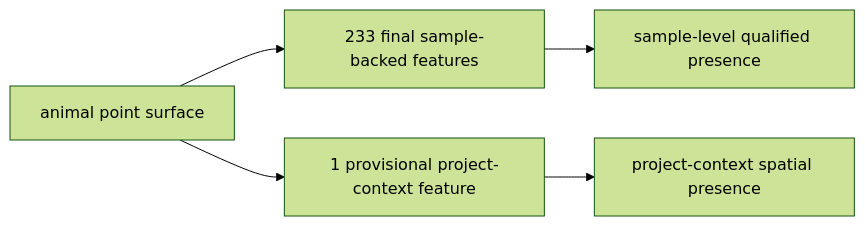
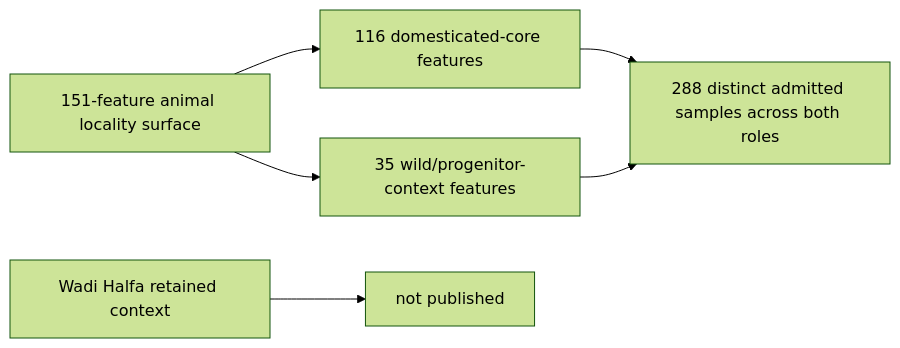
One commit to bijux/bijux-pollenomics changed the third of 4 diagrams in docs/public/pollenomics/foundation/repository-scope-and-limits.md. Above: the diagram before and after it, drawn with Mermaid (forest theme). The commit also changed other lines of this file and 26 other files, not shown here.

````diff
--- a/docs/public/pollenomics/foundation/repository-scope-and-limits.md
+++ b/docs/public/pollenomics/foundation/repository-scope-and-limits.md
@@ -136,7 +138,8 @@
 ```mermaid
 flowchart LR
-    Layer["animal point surface"] --> Samples["233 final sample-backed features"]
-    Layer --> Context["1 provisional project-context feature"]
-    Samples --> SampleClaim["sample-level qualified presence"]
-    Context --> ContextClaim["project-context spatial presence"]
+    Layer["151-feature animal locality surface"] --> Domestic["116 domesticated-core features"]
+    Layer --> Context["35 wild/progenitor-context features"]
+    Domestic --> Samples["288 distinct admitted samples across both roles"]
+    Context --> Samples
+    Wadi["Wadi Halfa retained context"] --> Excluded["not published"]
 ```
````
